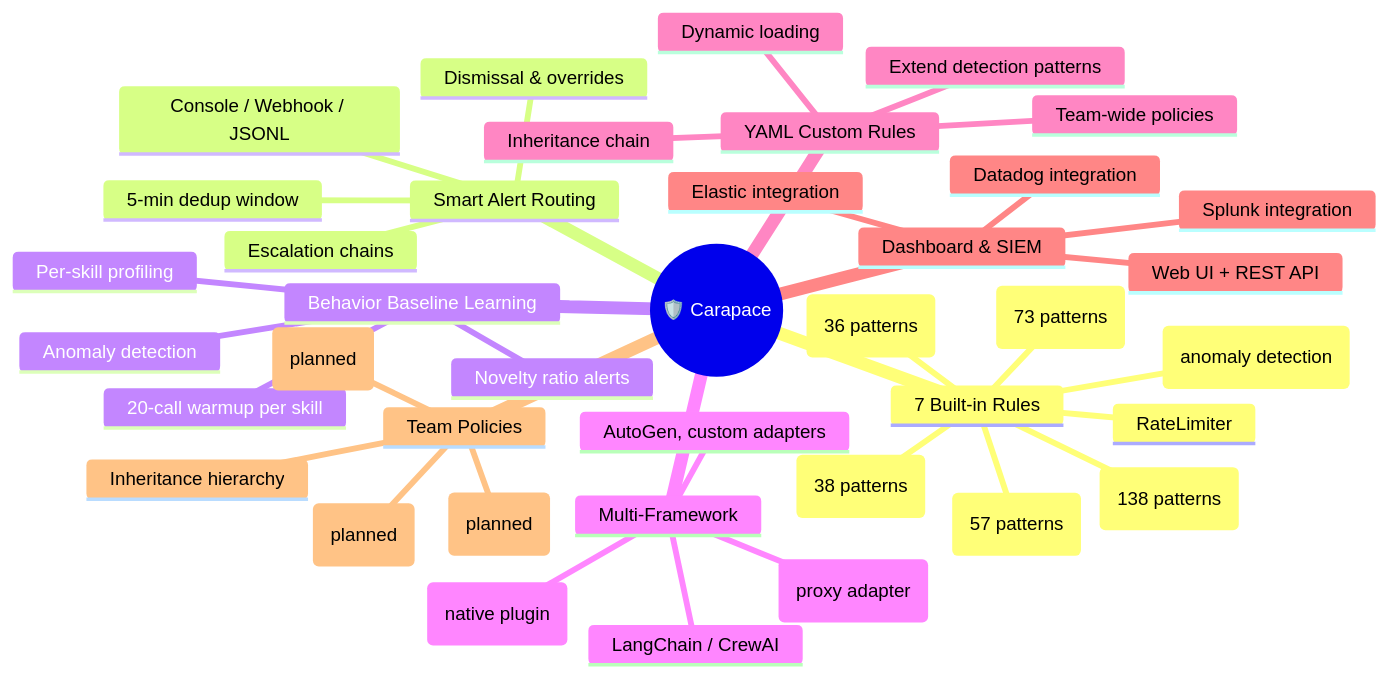
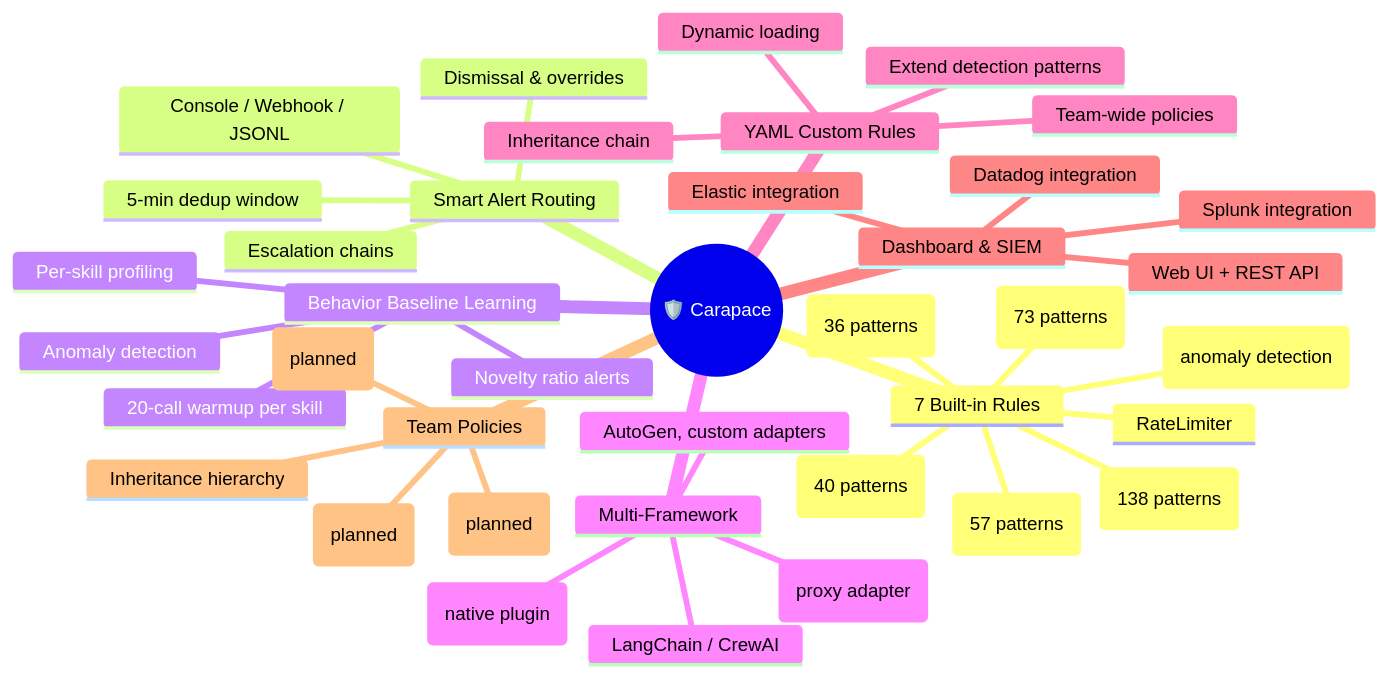
One commit to yeasy/carapace changed the first of 4 diagrams in README.md. Above: the diagram before and after it, drawn with Mermaid. The commit also changed other lines of this file and 4 other files, not shown here.

````diff
--- a/README.md
+++ b/README.md
@@ -70,42 +70,42 @@
 ```mermaid
 mindmap
   root((🛡️ Carapace))
     7 Built-in Rules
       ExecGuard (138 patterns)
       PathGuard (73 patterns)
-      NetworkGuard (38 patterns)
+      NetworkGuard (40 patterns)
       RateLimiter
       PromptInjection (36 patterns)
       DataExfil (57 patterns)
       BaselineDrift (anomaly detection)
     Smart Alert Routing
       5-min dedup window
       Escalation chains
       Dismissal & overrides
       Console / Webhook / JSONL
     Behavior Baseline Learning
       20-call warmup per skill
       Per-skill profiling
       Anomaly detection
       Novelty ratio alerts
     Multi-Framework
       OpenClaw (native plugin)
       MCP (proxy adapter)
       LangChain / CrewAI
       AutoGen, custom adapters
     YAML Custom Rules
       Extend detection patterns
       Team-wide policies
       Inheritance chain
       Dynamic loading
     Dashboard & SIEM
       Web UI + REST API
       Splunk integration
       Elastic integration
       Datadog integration
     Team Policies
       Inheritance hierarchy
       Role-based access (planned)
       Policy versioning (planned)
       Audit logging (planned)
 ```
````
